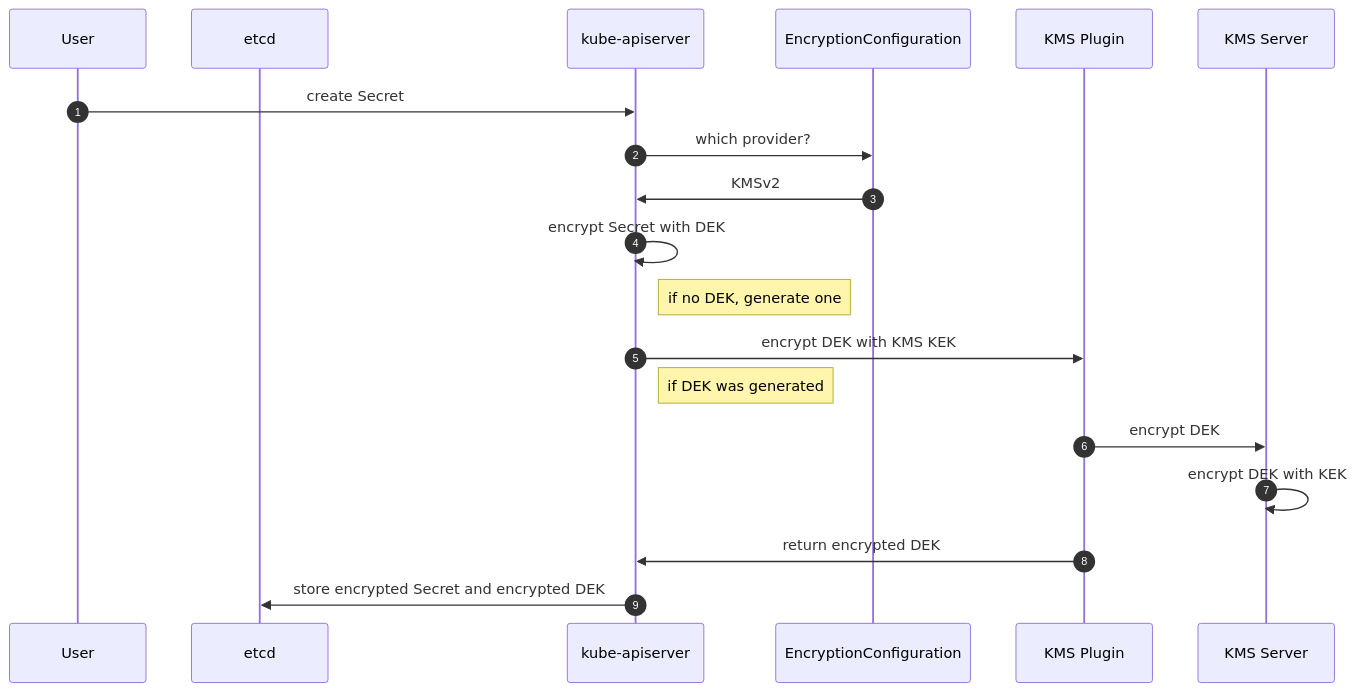
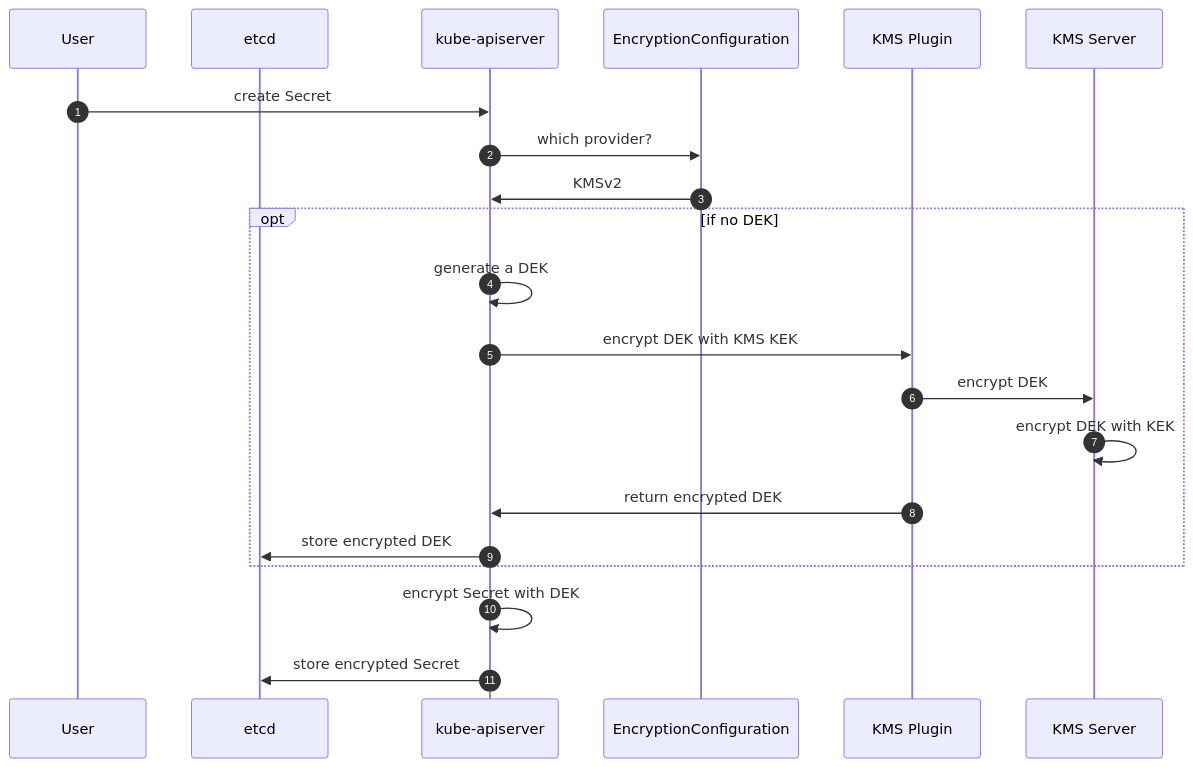
The fifth of 9 diagrams in docs/trousseau/architecture.md (Trousseau-io/docs.trousseau.io), drawn with Mermaid before and after one commit.

````diff
--- a/docs/trousseau/architecture.md
+++ b/docs/trousseau/architecture.md
@@ -78,21 +78,23 @@
 ```mermaid
 sequenceDiagram
 participant User
 participant etcd
 participant kube-apiserver
 participant EncryptionConfiguration
 participant KMS Plugin
 participant KMS Server
 autonumber
   User->>kube-apiserver: create Secret
   kube-apiserver->>EncryptionConfiguration: which provider?
   EncryptionConfiguration->>kube-apiserver: KMSv2
+  opt if no DEK
+    kube-apiserver->>kube-apiserver: generate a DEK
+    kube-apiserver->>KMS Plugin: encrypt DEK with KMS KEK
+    KMS Plugin->>KMS Server: encrypt DEK
+    KMS Server->>KMS Server: encrypt DEK with KEK
+    KMS Plugin->>kube-apiserver: return encrypted DEK
+    kube-apiserver->>etcd: store encrypted DEK
+  end
   kube-apiserver->>kube-apiserver: encrypt Secret with DEK
-  Note right of kube-apiserver: if no DEK, generate one
-  kube-apiserver->>KMS Plugin: encrypt DEK with KMS KEK
-  Note right of kube-apiserver: if DEK was generated
-  KMS Plugin->>KMS Server: encrypt DEK
-  KMS Server->>KMS Server: encrypt DEK with KEK
-  KMS Plugin->>kube-apiserver: return encrypted DEK
-  kube-apiserver->>etcd: store encrypted Secret and encrypted DEK
+  kube-apiserver->>etcd: store encrypted Secret
 ```
````
